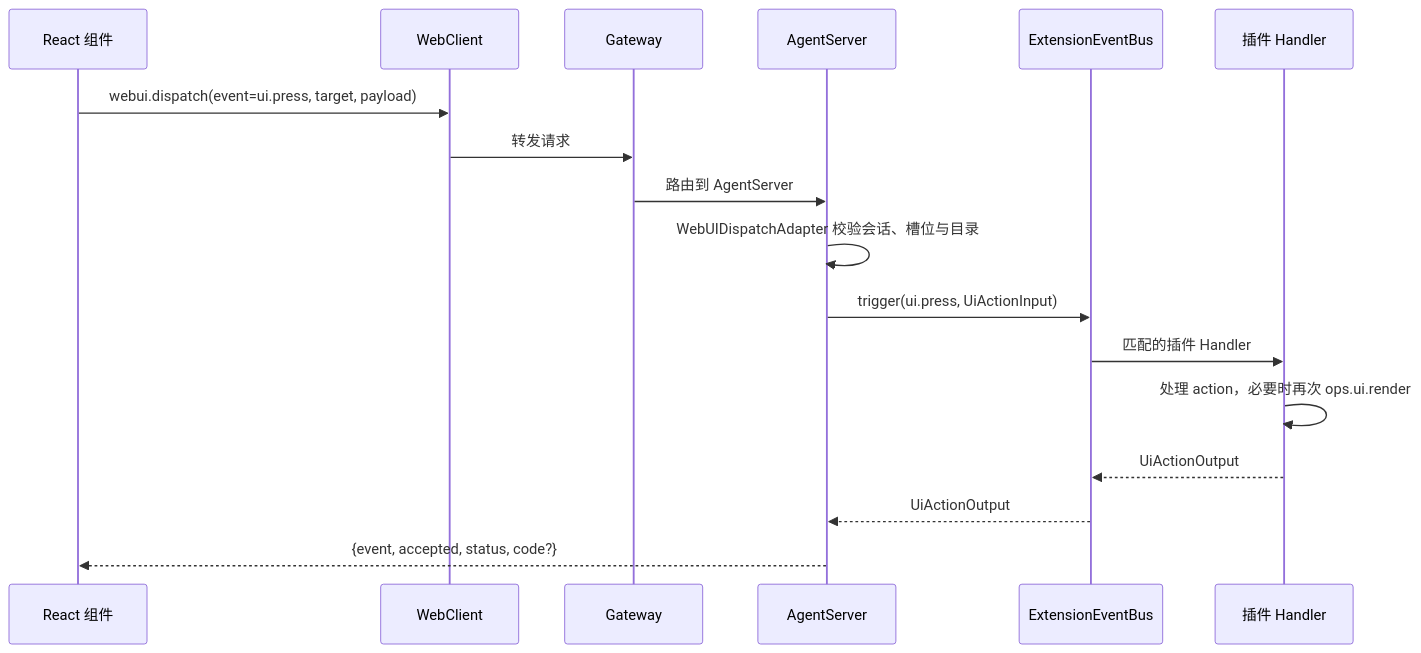
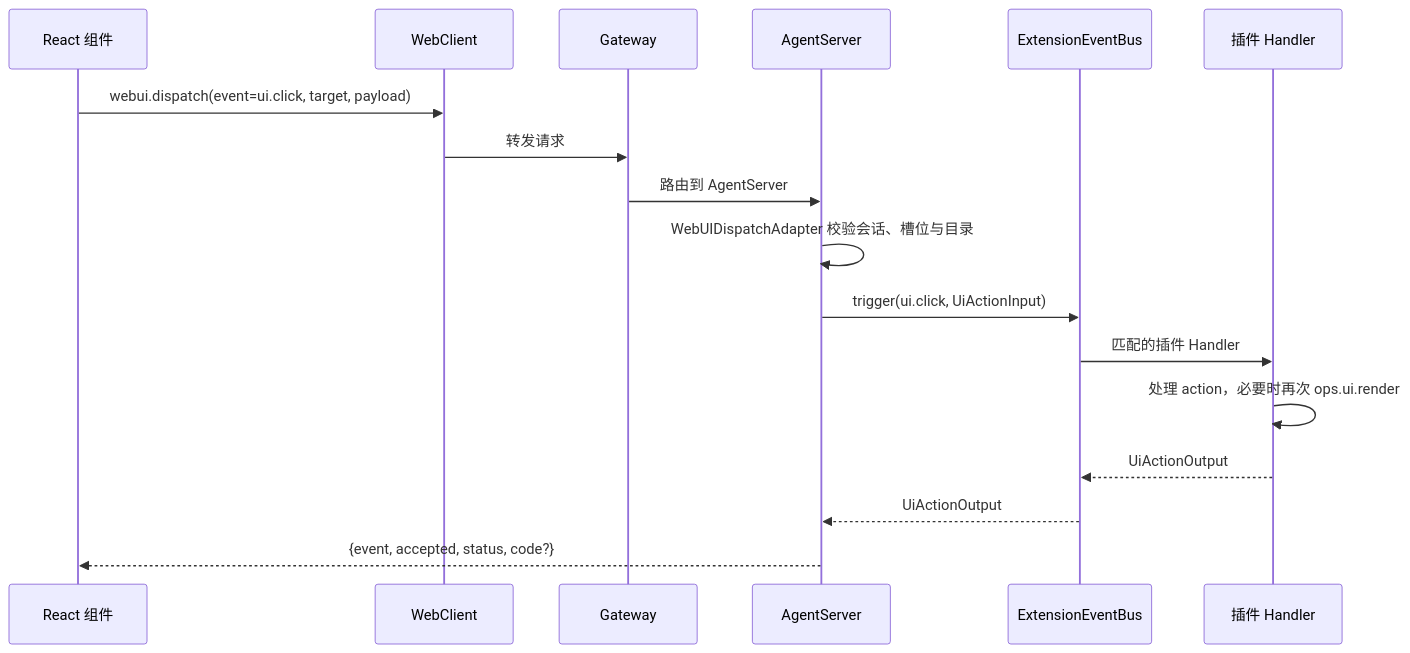
One commit to openJiuwen-ai/jiuwenswarm changed the third of 3 diagrams in jiuwenswarm/extensions_v2/docs/features/F_05_platform-events.md. Above: the diagram before and after it, drawn with Mermaid. The commit also changed other lines of this file and 25 other files, not shown here.

````diff
--- a/jiuwenswarm/extensions_v2/docs/features/F_05_platform-events.md
+++ b/jiuwenswarm/extensions_v2/docs/features/F_05_platform-events.md
@@ -151,20 +152,20 @@
 ```mermaid
 sequenceDiagram
     participant FE as React 组件
     participant WC as WebClient
     participant GW as Gateway
     participant AS as AgentServer
     participant B as ExtensionEventBus
     participant P as 插件 Handler
 
-    FE->>WC: webui.dispatch(event=ui.press, target, payload)
+    FE->>WC: webui.dispatch(event=ui.click, target, payload)
     WC->>GW: 转发请求
     GW->>AS: 路由到 AgentServer
     AS->>AS: WebUIDispatchAdapter 校验会话、槽位与目录
-    AS->>B: trigger(ui.press, UiActionInput)
+    AS->>B: trigger(ui.click, UiActionInput)
     B->>P: 匹配的插件 Handler
     P->>P: 处理 action，必要时再次 ops.ui.render
     P-->>B: UiActionOutput
     B-->>AS: UiActionOutput
     AS-->>FE: {event, accepted, status, code?}
 ```
````
